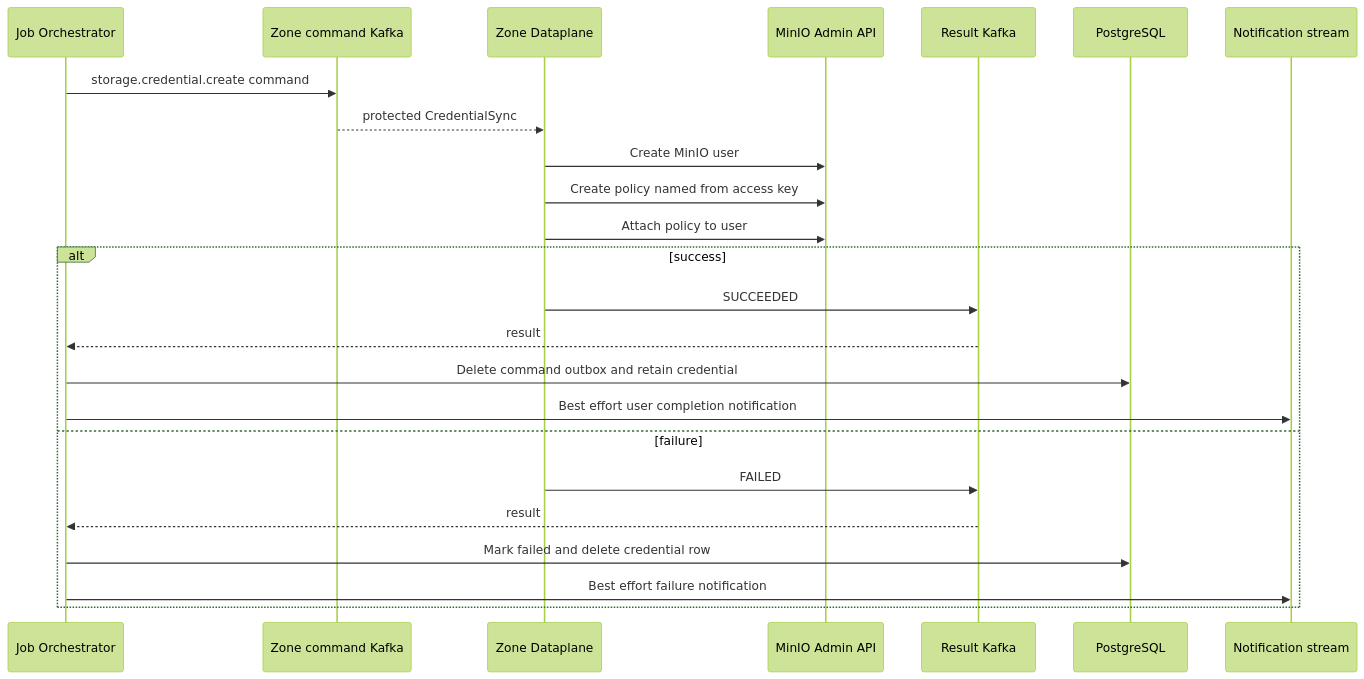
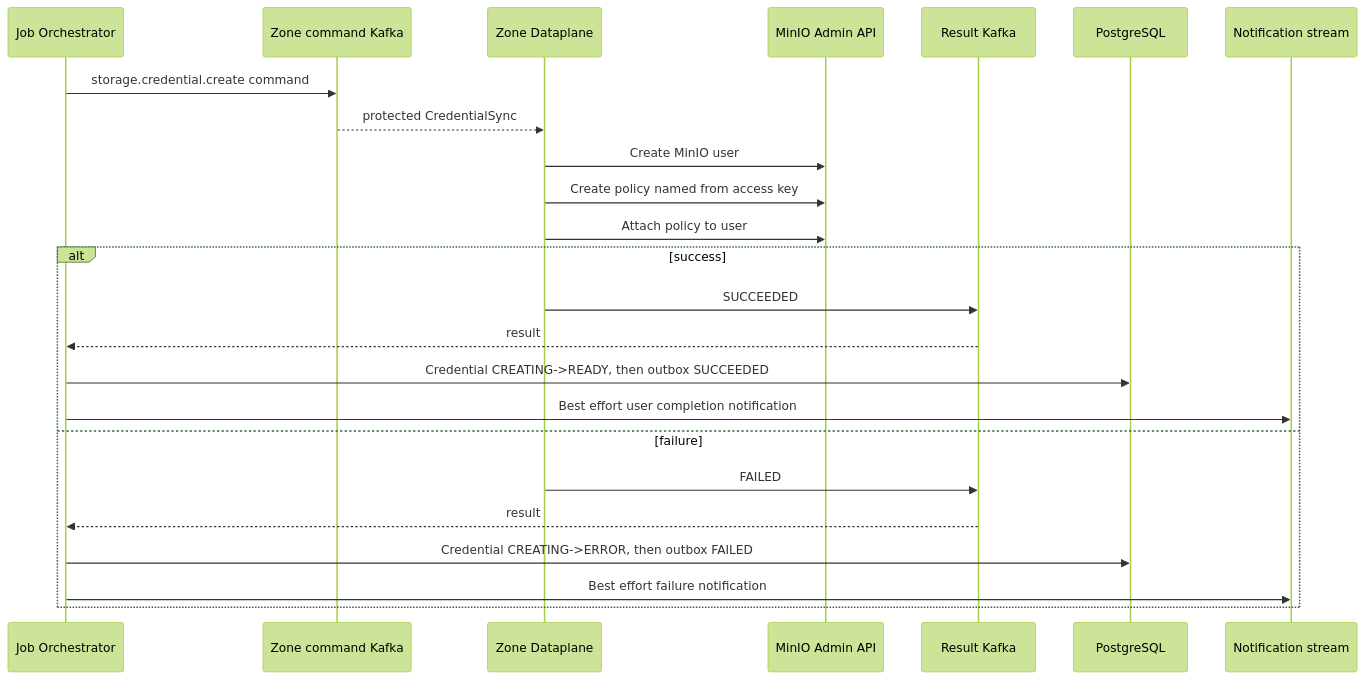
One commit to phucle996/aurora changed the third of 4 diagrams in god_view/storage/personal_storage_credential_create_god_view_workflow.md. Above: the diagram before and after it, drawn with Mermaid (forest theme). The commit also changed other lines of this file and 195 other files, not shown here.

````diff
--- a/god_view/storage/personal_storage_credential_create_god_view_workflow.md
+++ b/god_view/storage/personal_storage_credential_create_god_view_workflow.md
@@ -144,27 +145,27 @@
 ```mermaid
 sequenceDiagram
     participant JO as Job Orchestrator
     participant KC as Zone command Kafka
     participant DP as Zone Dataplane
     participant M as MinIO Admin API
     participant KR as Result Kafka
     participant PG as PostgreSQL
     participant N as Notification stream
 
     JO->>KC: storage.credential.create command
     KC-->>DP: protected CredentialSync
     DP->>M: Create MinIO user
     DP->>M: Create policy named from access key
     DP->>M: Attach policy to user
     alt success
         DP->>KR: SUCCEEDED
         KR-->>JO: result
-        JO->>PG: Delete command outbox and retain credential
+        JO->>PG: Credential CREATING->READY, then outbox SUCCEEDED
         JO->>N: Best effort user completion notification
     else failure
         DP->>KR: FAILED
         KR-->>JO: result
-        JO->>PG: Mark failed and delete credential row
+        JO->>PG: Credential CREATING->ERROR, then outbox FAILED
         JO->>N: Best effort failure notification
     end
 ```
````
